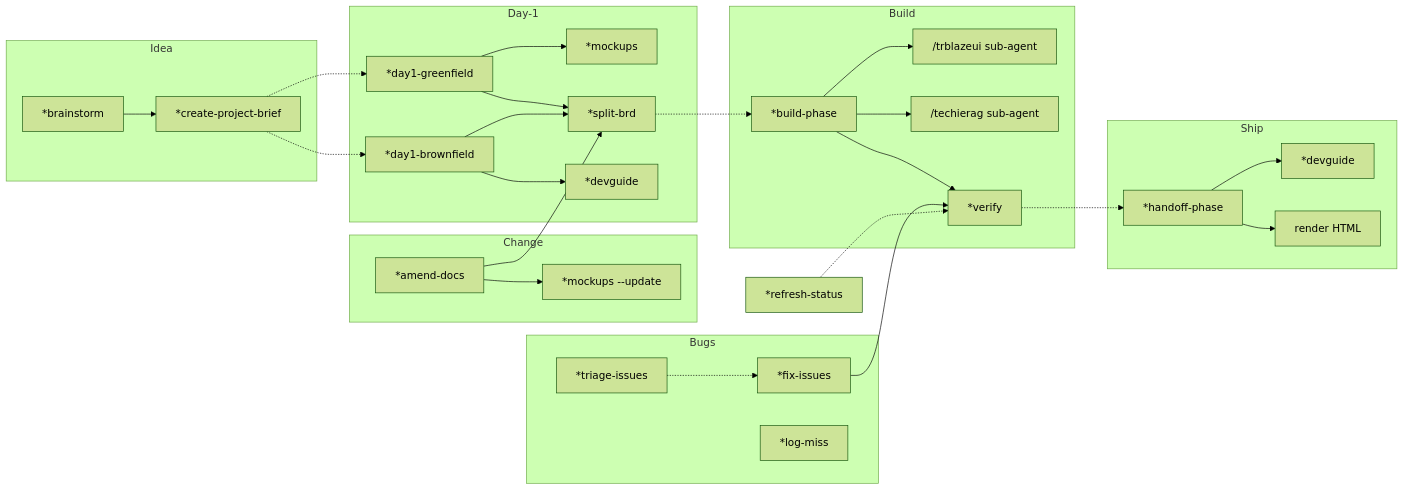
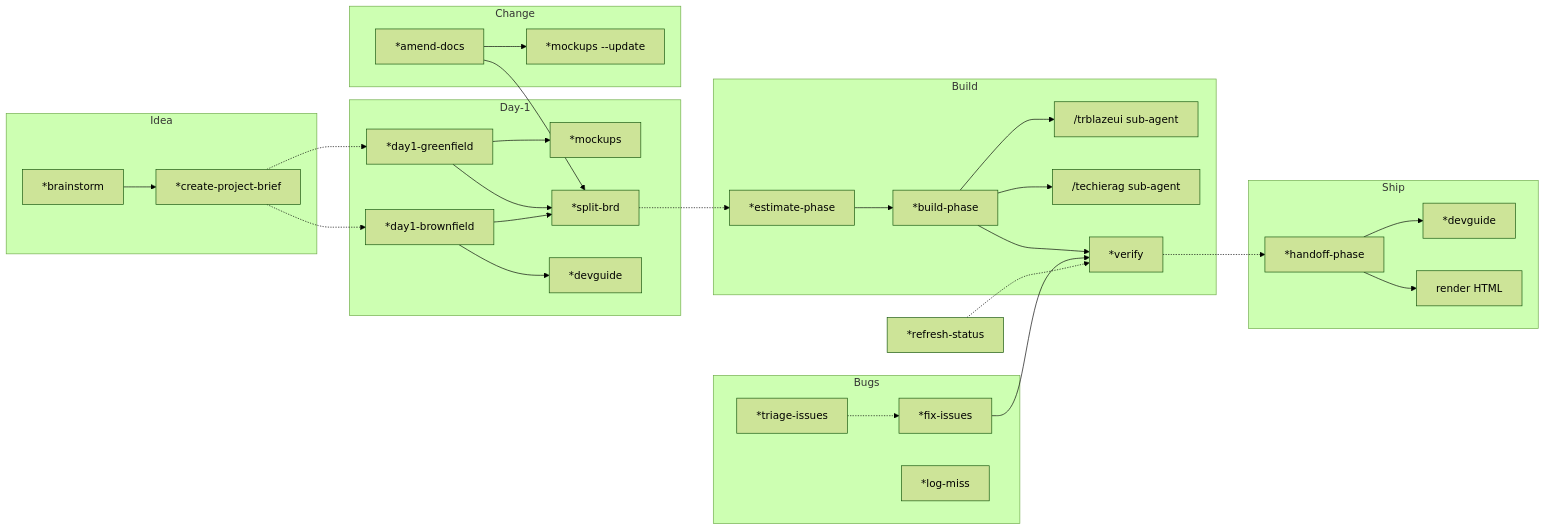
One commit to techierathore/TechieFlow changed the first of 2 diagrams in docs/TechieFlow-How-It-Works.md. Above: the diagram before and after it, drawn with Mermaid (forest theme). The commit also changed other lines of this file and 51 other files, not shown here.

````diff
--- a/docs/TechieFlow-How-It-Works.md
+++ b/docs/TechieFlow-How-It-Works.md
@@ -55,35 +55,36 @@
 ```mermaid
 flowchart LR
     subgraph Idea
         BS["*brainstorm"] --> PB["*create-project-brief"]
     end
     subgraph Day1["Day-1"]
         PB -.-> D1G["*day1-greenfield"]
         PB -.-> D1B["*day1-brownfield"]
         D1G --> MK["*mockups"]
         D1G --> SB["*split-brd"]
         D1B --> DG1["*devguide"]
         D1B --> SB
     end
     subgraph Build
-        SB -.-> BP["*build-phase"]
+        SB -.-> EP["*estimate-phase"]
+        EP --> BP["*build-phase"]
         BP --> TB["/trblazeui sub-agent"]
         BP --> TR["/techierag sub-agent"]
         BP --> VP["*verify"]
     end
     subgraph Change
         AD["*amend-docs"] --> MK2["*mockups --update"]
         AD --> SB
     end
     subgraph Bugs
         TI["*triage-issues"] -.-> FI["*fix-issues"]
         FI --> VP
         LM["*log-miss"]
     end
     subgraph Ship
         VP -.-> HO["*handoff-phase"]
         HO --> DG2["*devguide"]
         HO --> RH["render HTML"]
     end
     RS["*refresh-status"] -.-> VP
 ```
````
